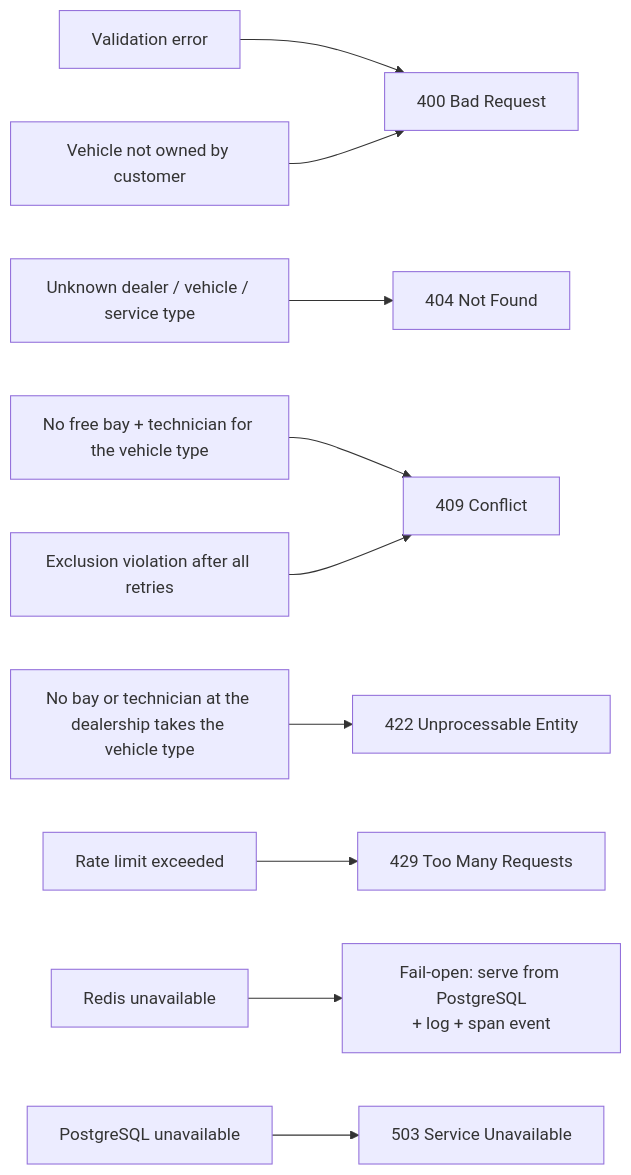
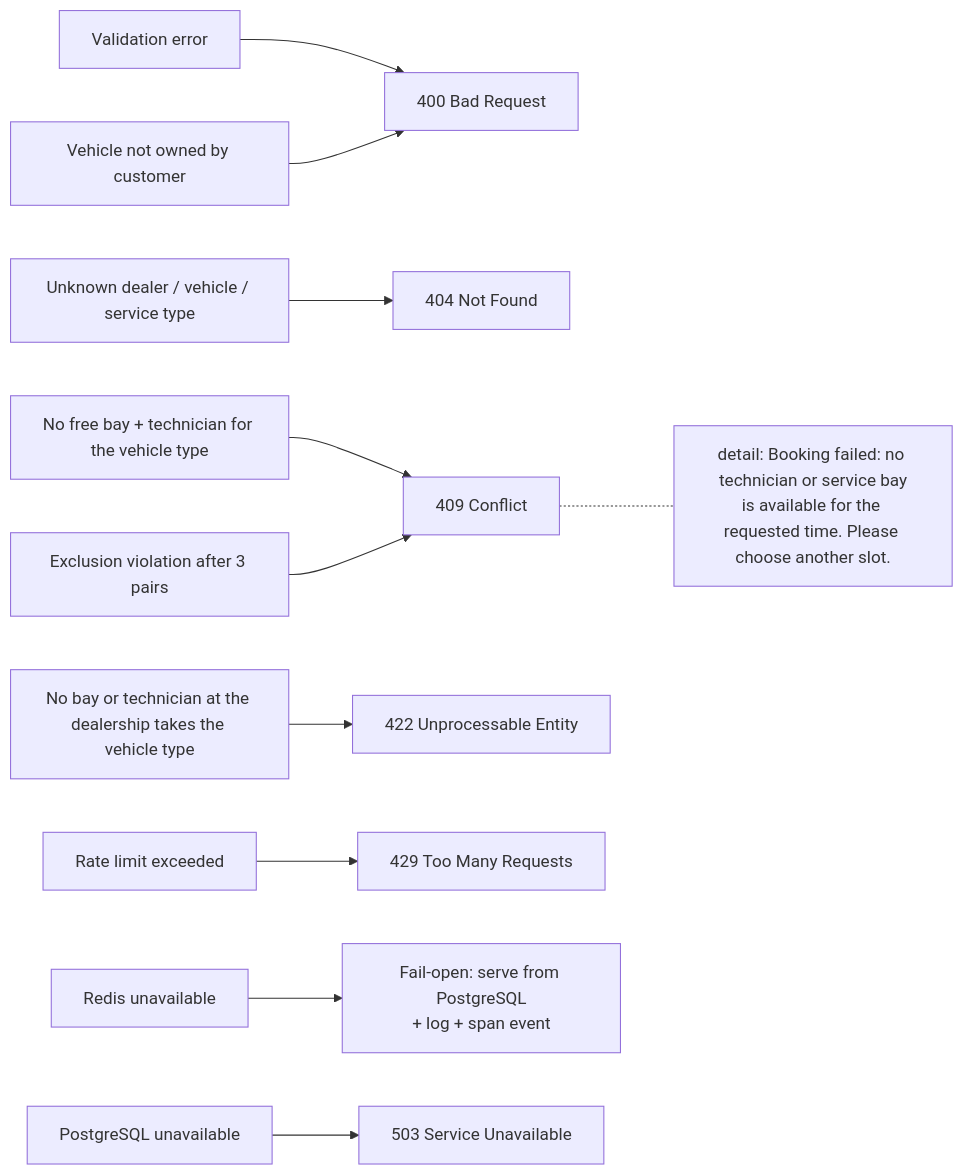
Before and after one commit to Rubynam/keyloop: the diagram in docs/diagrams/dld/11-error-handling.mermaid, drawn with Mermaid. The commit also changed 42 other files, not shown here.

First line of the commit message:
feat: close scaffolding with Spec04 (outbox retry schema, relay worker skeleton, Testcontainers)

```diff
--- a/docs/diagrams/dld/11-error-handling.mermaid
+++ b/docs/diagrams/dld/11-error-handling.mermaid
@@ -1,10 +1,11 @@
 flowchart LR
     E1["Validation error"] --> H1["400 Bad Request"]
     E2["Unknown dealer / vehicle / service type"] --> H2["404 Not Found"]
     E3["Vehicle not owned by customer"] --> H1
     E4["No free bay + technician for the vehicle type"] --> H3["409 Conflict"]
     E9["No bay or technician at the dealership takes the vehicle type"] --> H7["422 Unprocessable Entity"]
-    E5["Exclusion violation after all retries"] --> H3
+    E5["Exclusion violation after 3 pairs"] --> H3
+    H3 -.- M3["detail: Booking failed: no technician or service bay<br/>is available for the requested time. Please choose another slot."]
     E6["Rate limit exceeded"] --> H4["429 Too Many Requests"]
     E7["Redis unavailable"] --> H5["Fail-open: serve from PostgreSQL<br/>+ log + span event"]
     E8["PostgreSQL unavailable"] --> H6["503 Service Unavailable"]
```
